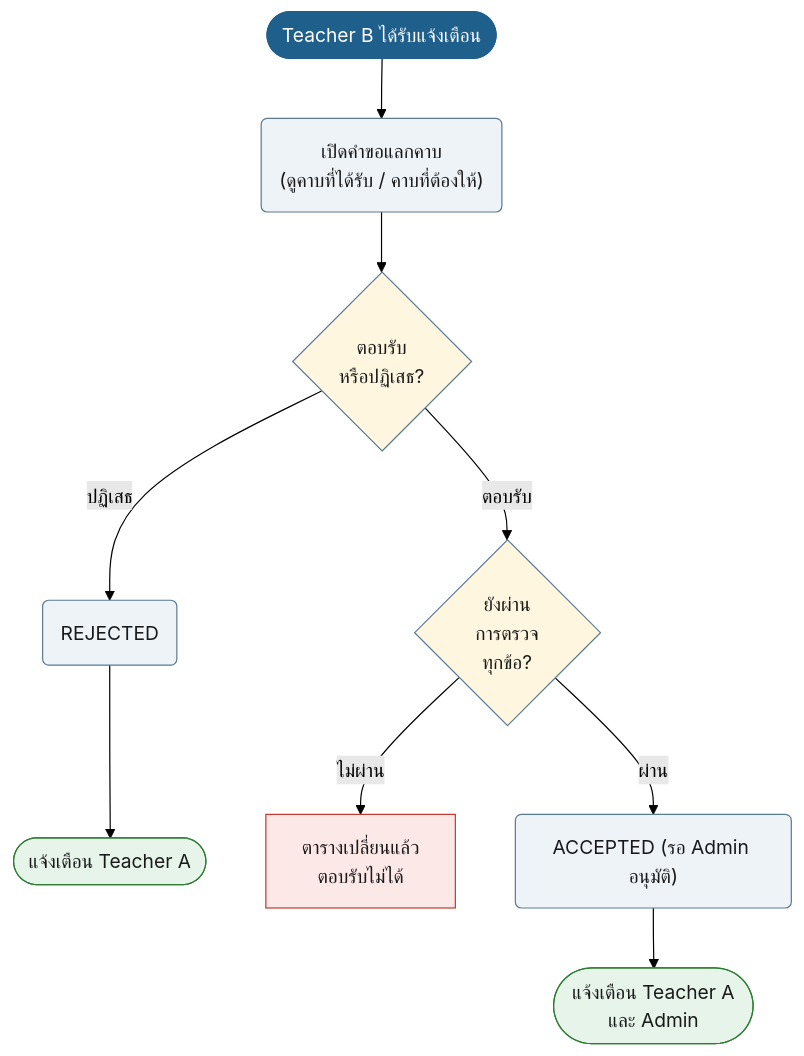
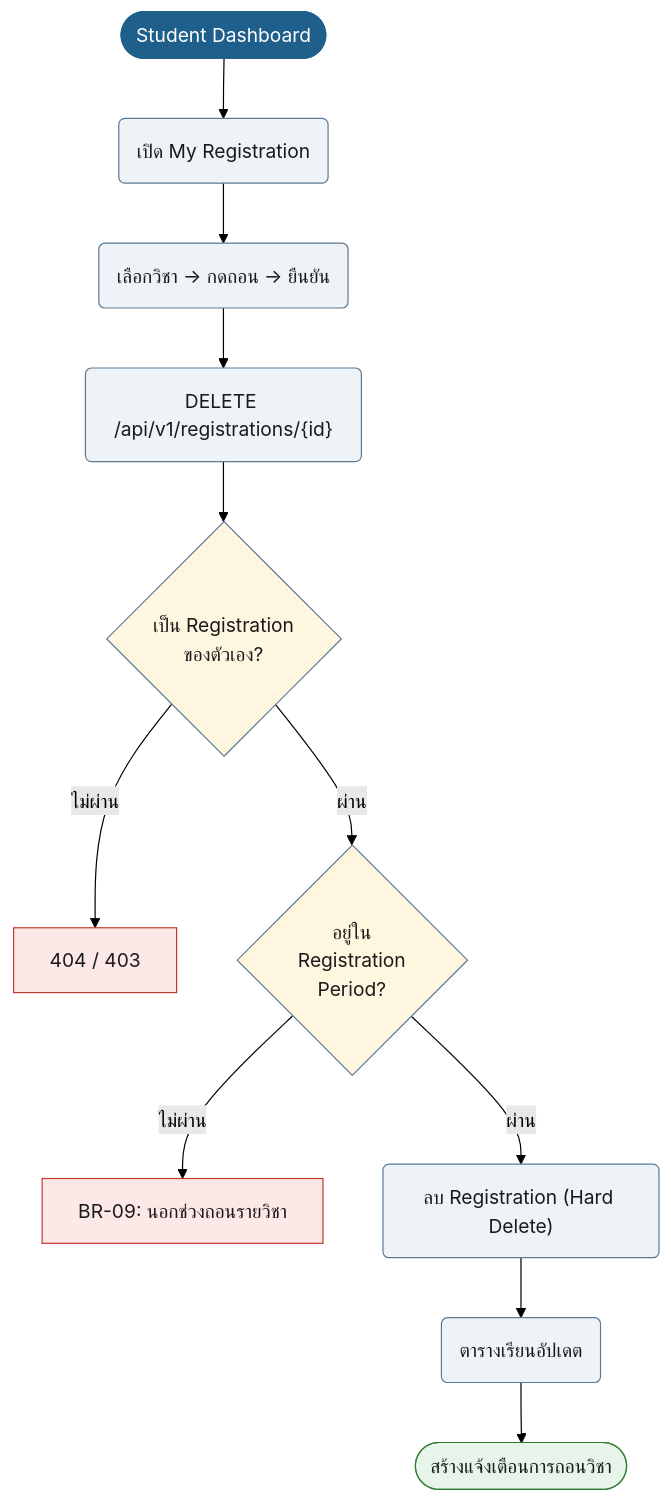
Before and after one commit to synthesixer/AcadOS: the tenth of 49 diagrams in doc/userflow.md, drawn with Mermaid (forest theme). The commit also changed other lines of this file and 1 other file, not shown here.

````diff
--- a/doc/userflow.md
+++ b/doc/userflow.md
@@ -367,26 +376,30 @@
 ```mermaid
 flowchart TD
-    n1(["Teacher B ได้รับแจ้งเตือน"]):::start
-    n2("เปิดคำขอแลกคาบ<br/>(ดูคาบที่ได้รับ / คาบที่ต้องให้)"):::act
+    n1(["Student Dashboard"]):::start
+    n2("เปิด My Registration"):::act
+    n3("เลือกวิชา → กดถอน → ยืนยัน"):::act
+    n4("DELETE /api/v1/registrations/{id}"):::act
     n1 --> n2
-    n3{"ตอบรับ<br/>หรือปฏิเสธ?"}:::dec
     n2 --> n3
-    n4("REJECTED"):::act
-    n3 -->|ปฏิเสธ| n4
-    n5(["แจ้งเตือน Teacher A"]):::ok
+    n3 --> n4
+    n5{"เป็น Registration<br/>ของตัวเอง?"}:::dec
     n4 --> n5
-    n6{"ยังผ่าน<br/>การตรวจ<br/>ทุกข้อ?"}:::dec
-    n3 -->|ตอบรับ| n6
-    n7["ตารางเปลี่ยนแล้ว<br/>ตอบรับไม่ได้"]:::bad
-    n6 -->|ไม่ผ่าน| n7
-    n8("ACCEPTED (รอ Admin อนุมัติ)"):::act
-    n6 -->|ผ่าน| n8
-    n9(["แจ้งเตือน Teacher A<br/>และ Admin"]):::ok
-    n8 --> n9
+    n6["404 / 403"]:::bad
+    n5 -->|ไม่ผ่าน| n6
+    n7{"อยู่ใน<br/>Registration<br/>Period?"}:::dec
+    n5 -->|ผ่าน| n7
+    n8["BR-09: นอกช่วงถอนรายวิชา"]:::bad
+    n7 -->|ไม่ผ่าน| n8
+    n9("ลบ Registration (Hard Delete)"):::act
+    n7 -->|ผ่าน| n9
+    n10("ตารางเรียนอัปเดต"):::act
+    n9 --> n10
+    n11(["สร้างแจ้งเตือนการถอนวิชา"]):::ok
+    n10 --> n11
     classDef start fill:#1F5F8B,stroke:#1F5F8B,color:#fff
     classDef act fill:#EEF3F8,stroke:#5B7A94,color:#1a1a1a
     classDef dec fill:#FFF6E0,stroke:#5B7A94,color:#1a1a1a
     classDef bad fill:#FCE8E6,stroke:#C0392B,color:#1a1a1a
     classDef ok fill:#E6F4EA,stroke:#2E7D32,color:#1a1a1a
     classDef note fill:#F4F4F4,stroke:#999,color:#1a1a1a
 ```
````
